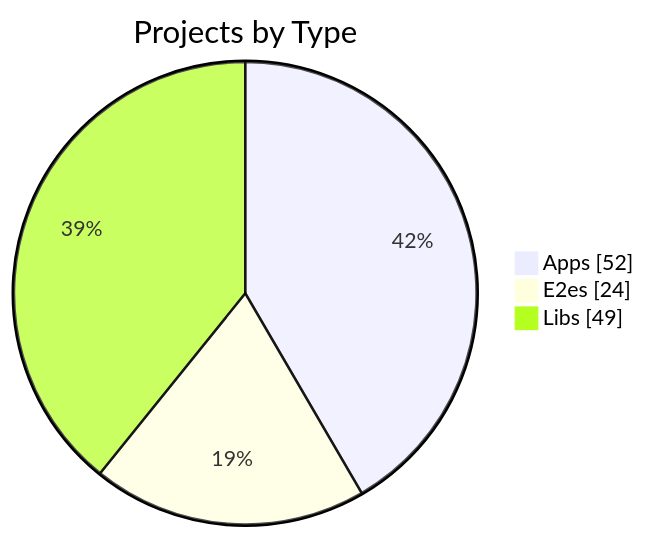
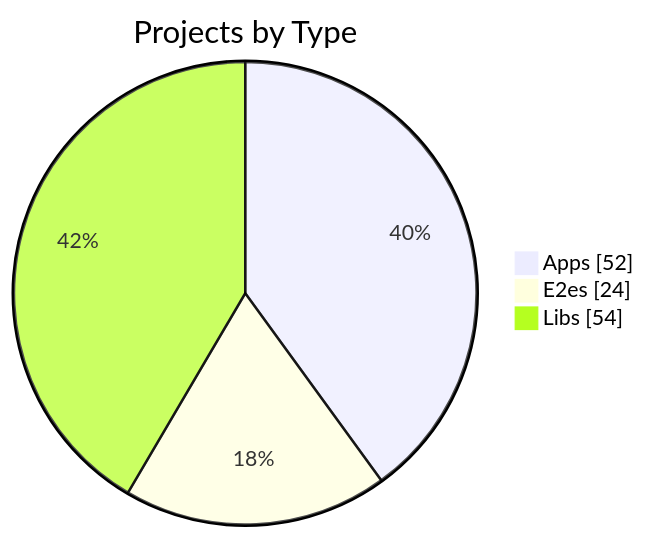
The first of 3 diagrams in apps/kbve/astro-kbve/src/content/docs/dashboard/graph.mdx (KBVE/kbve), drawn with Mermaid before and after one commit. The commit also changed other lines of this file and 8 other files, not shown here.

````diff
--- a/apps/kbve/astro-kbve/src/content/docs/dashboard/graph.mdx
+++ b/apps/kbve/astro-kbve/src/content/docs/dashboard/graph.mdx
@@ -56,7 +56,7 @@
 ```mermaid
 pie showData
     title Projects by Type
     "Apps" : 52
     "E2es" : 24
-    "Libs" : 49
+    "Libs" : 54
 ```
````
